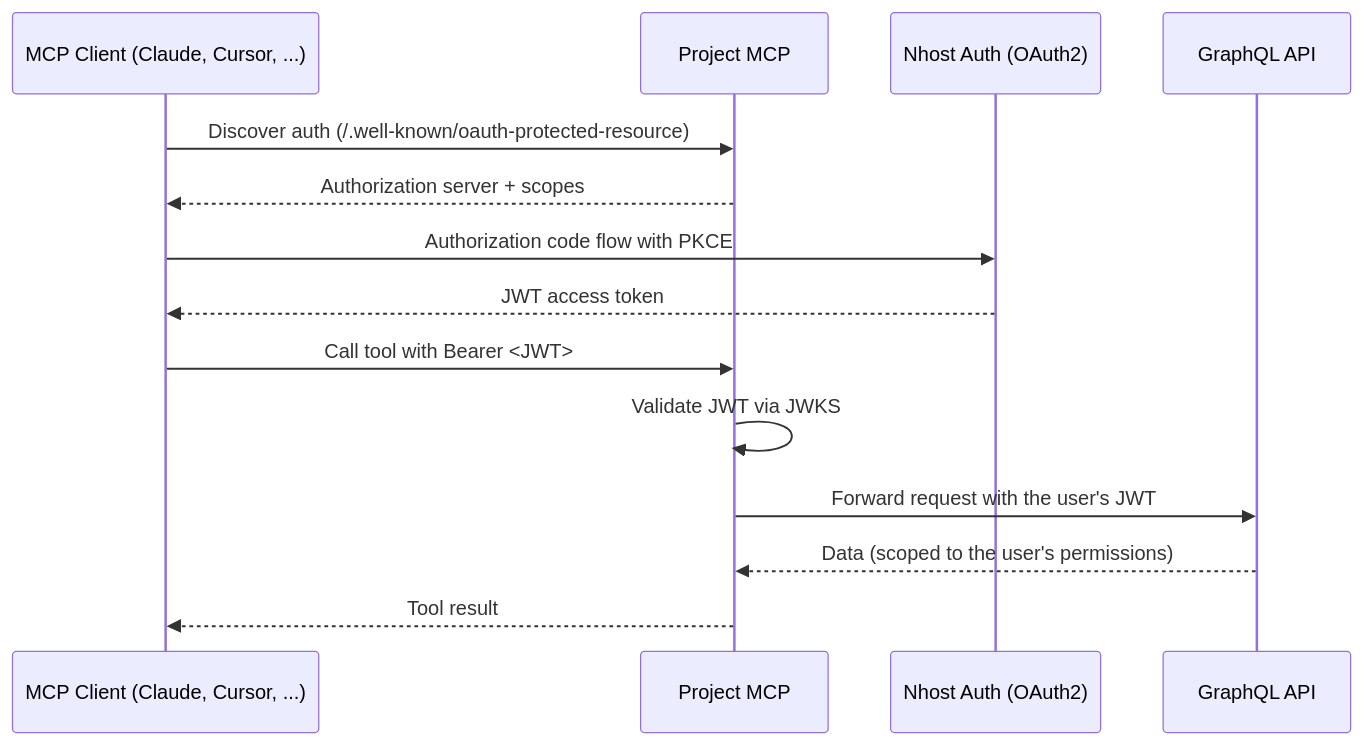
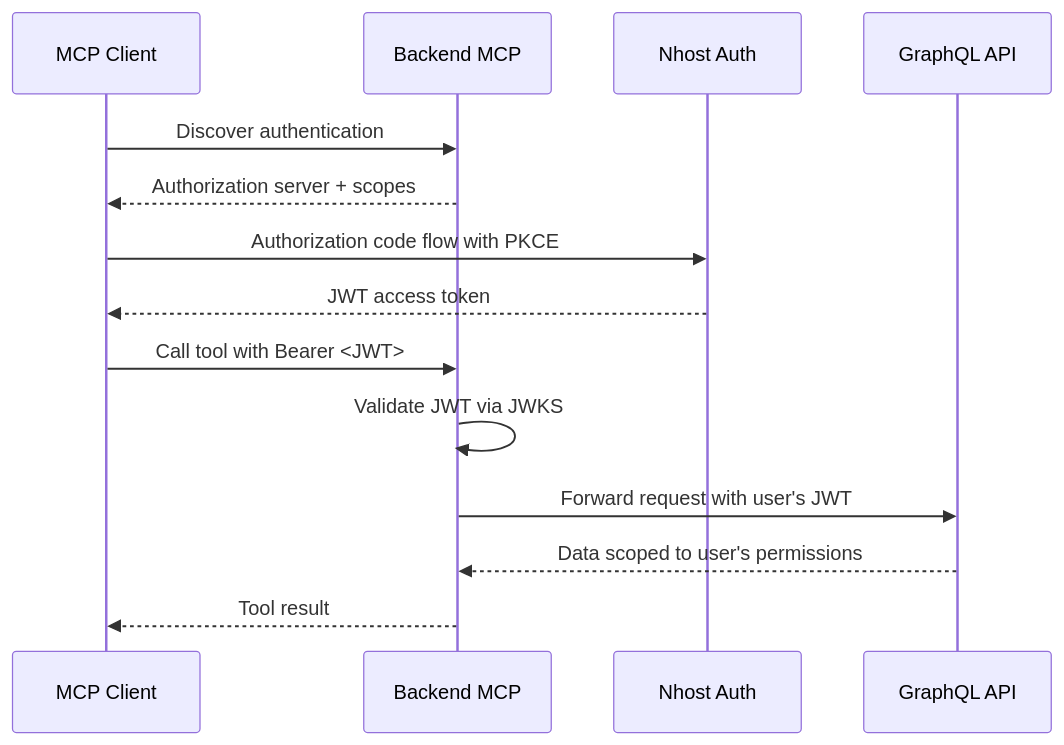
Before and after one commit to nhost/nhost: the diagram in docs/src/content/docs/products/ai/mcp/index.mdx, drawn with Mermaid. The commit also changed other lines of this file and 15 other files, not shown here.

First line of the commit message:
docs(mcp): rename Project MCP to Backend MCP Server, apply review feedback

````diff
--- a/docs/src/content/docs/products/ai/mcp/index.mdx
+++ b/docs/src/content/docs/products/ai/mcp/index.mdx
@@ -32,17 +69,19 @@
 ```mermaid
 sequenceDiagram
-    participant Client as MCP Client (Claude, Cursor, ...)
-    participant MCP as Project MCP
-    participant Auth as Nhost Auth (OAuth2)
+    participant Client as MCP Client
+    participant MCP as Backend MCP
+    participant Auth as Nhost Auth
     participant GraphQL as GraphQL API
 
-    Client->>MCP: Discover auth (/.well-known/oauth-protected-resource)
+    Client->>MCP: Discover authentication
     MCP-->>Client: Authorization server + scopes
+
     Client->>Auth: Authorization code flow with PKCE
     Auth-->>Client: JWT access token
+
     Client->>MCP: Call tool with Bearer <JWT>
     MCP->>MCP: Validate JWT via JWKS
-    MCP->>GraphQL: Forward request with the user's JWT
-    GraphQL-->>MCP: Data (scoped to the user's permissions)
+    MCP->>GraphQL: Forward request with user's JWT
+    GraphQL-->>MCP: Data scoped to user's permissions
     MCP-->>Client: Tool result
 ```
````
